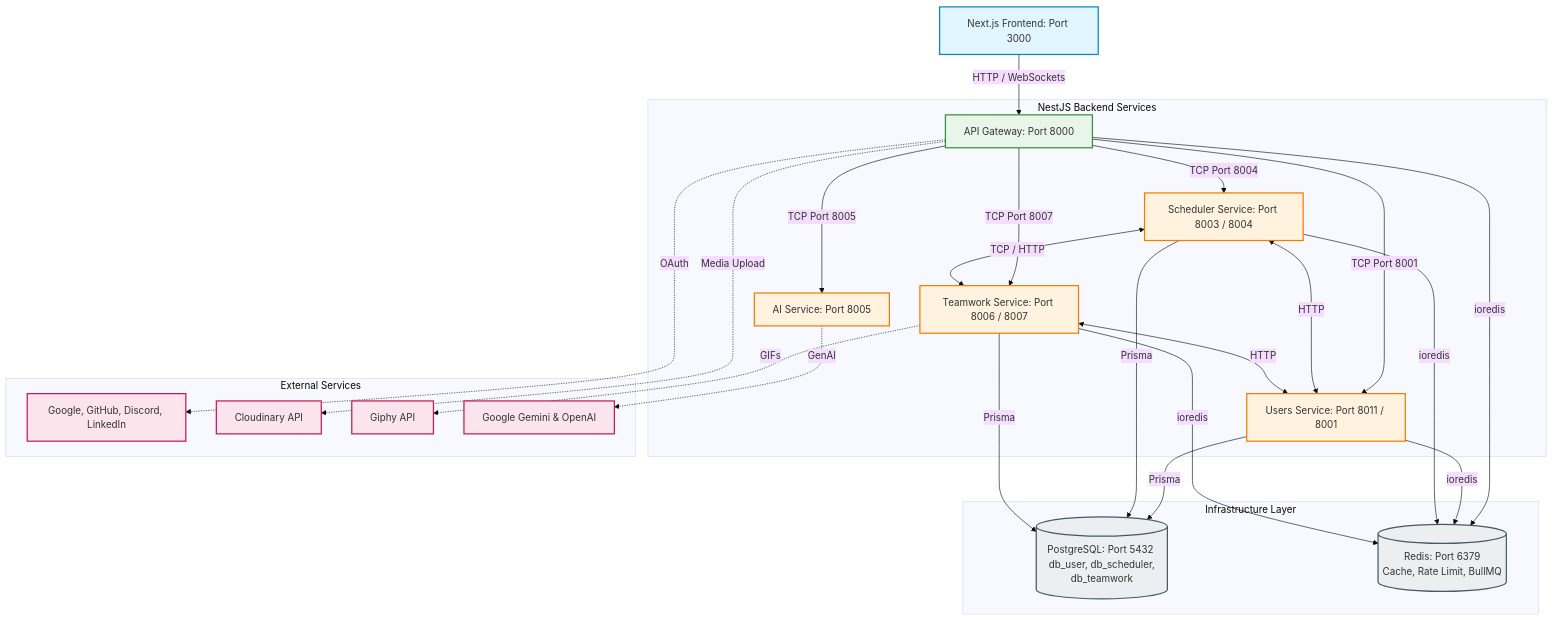
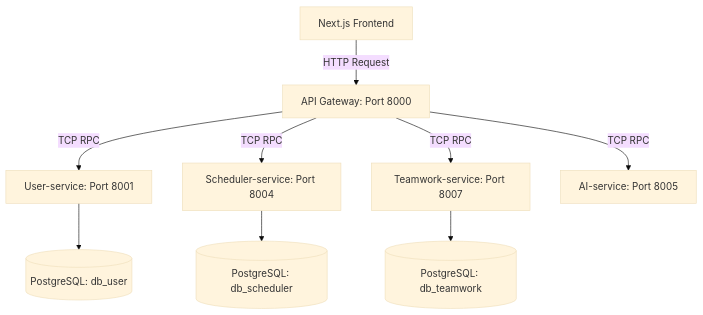
Before and after one commit to MinhHieu2112/Seminar_nhom: the diagram in README.md, drawn with Mermaid (base theme). The commit also changed other lines of this file and 2 other files, not shown here.

````diff
--- a/README.md
+++ b/README.md
@@ -56,45 +62,12 @@
 ```mermaid
 graph TD
-    Client[Next.js Frontend: Port 3000] -->|HTTP / WebSockets| Gateway[API Gateway: Port 8000]
+    Client[Next.js Frontend] -->|HTTP Request| Gateway[API Gateway: Port 8000]
+    Gateway -->|TCP RPC| UserSvc[User-service: Port 8001]
+    Gateway -->|TCP RPC| ScheSvc[Scheduler-service: Port 8004]
+    Gateway -->|TCP RPC| TeamSvc[Teamwork-service: Port 8007]
+    Gateway -->|TCP RPC| AISvc[AI-service: Port 8005]
     
-    subgraph Backend Microservices [NestJS Backend Services]
-        Gateway -->|TCP Port 8001| UsersService[Users Service: Port 8011 / 8001]
-        Gateway -->|TCP Port 8004| SchedulerService[Scheduler Service: Port 8003 / 8004]
-        Gateway -->|TCP Port 8007| TeamworkService[Teamwork Service: Port 8006 / 8007]
-        Gateway -->|TCP Port 8005| AIService[AI Service: Port 8005]
-        
-        SchedulerService <-->|TCP / HTTP| TeamworkService
-        SchedulerService <-->|HTTP| UsersService
-        TeamworkService <-->|HTTP| UsersService
-    end
-
-    subgraph Data & Cache [Infrastructure Layer]
-        UsersService -->|Prisma| Postgres[(PostgreSQL: Port 5432 <br/> db_user, db_scheduler, db_teamwork)]
-        SchedulerService -->|Prisma| Postgres
-        TeamworkService -->|Prisma| Postgres
-        
-        Gateway -->|ioredis| Redis[(Redis: Port 6379 <br/> Cache, Rate Limit, BullMQ)]
-        UsersService -->|ioredis| Redis
-        SchedulerService -->|ioredis| Redis
-        TeamworkService -->|ioredis| Redis
-    end
-    
-    subgraph External [External Services]
-        Gateway -.->|OAuth| Google[Google, GitHub, Discord, LinkedIn]
-        Gateway -.->|Media Upload| Cloudinary[Cloudinary API]
-        TeamworkService -.->|GIFs| Giphy[Giphy API]
-        AIService -.->|GenAI| LLM[Google Gemini & OpenAI]
-    end
-
-    classDef client fill:#e1f5fe,stroke:#0288d1,stroke-width:2px;
-    classDef gateway fill:#e8f5e9,stroke:#388e3c,stroke-width:2px;
-    classDef microservice fill:#fff3e0,stroke:#f57c00,stroke-width:2px;
-    classDef infra fill:#eceff1,stroke:#455a64,stroke-width:2px;
-    classDef ext fill:#fce4ec,stroke:#c2185b,stroke-width:2px;
-    
-    class Client client;
-    class Gateway gateway;
-    class UsersService,SchedulerService,TeamworkService,AIService microservice;
-    class Postgres,Redis infra;
-    class Google,Cloudinary,Giphy,LLM ext;
+    UserSvc --> DB1[(PostgreSQL: db_user)]
+    ScheSvc --> DB2[(PostgreSQL: db_scheduler)]
+    TeamSvc --> DB3[(PostgreSQL: db_teamwork)]
 ```
````
